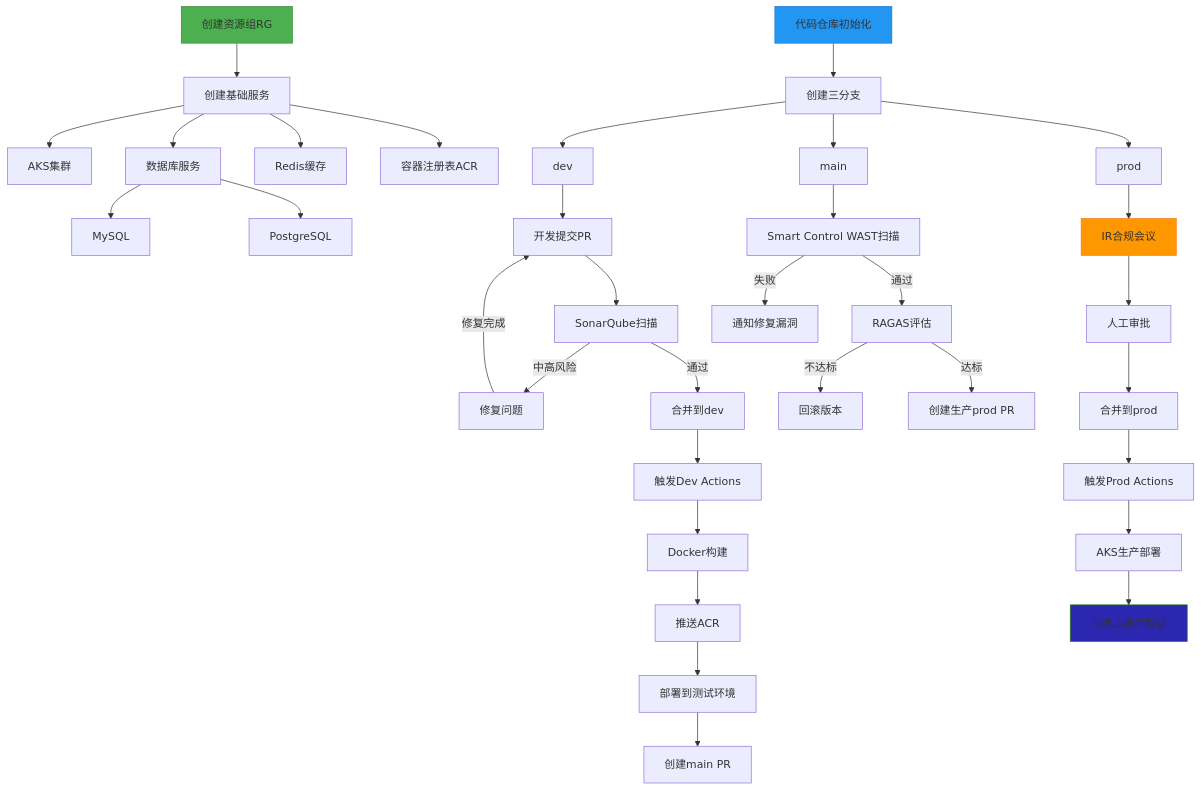
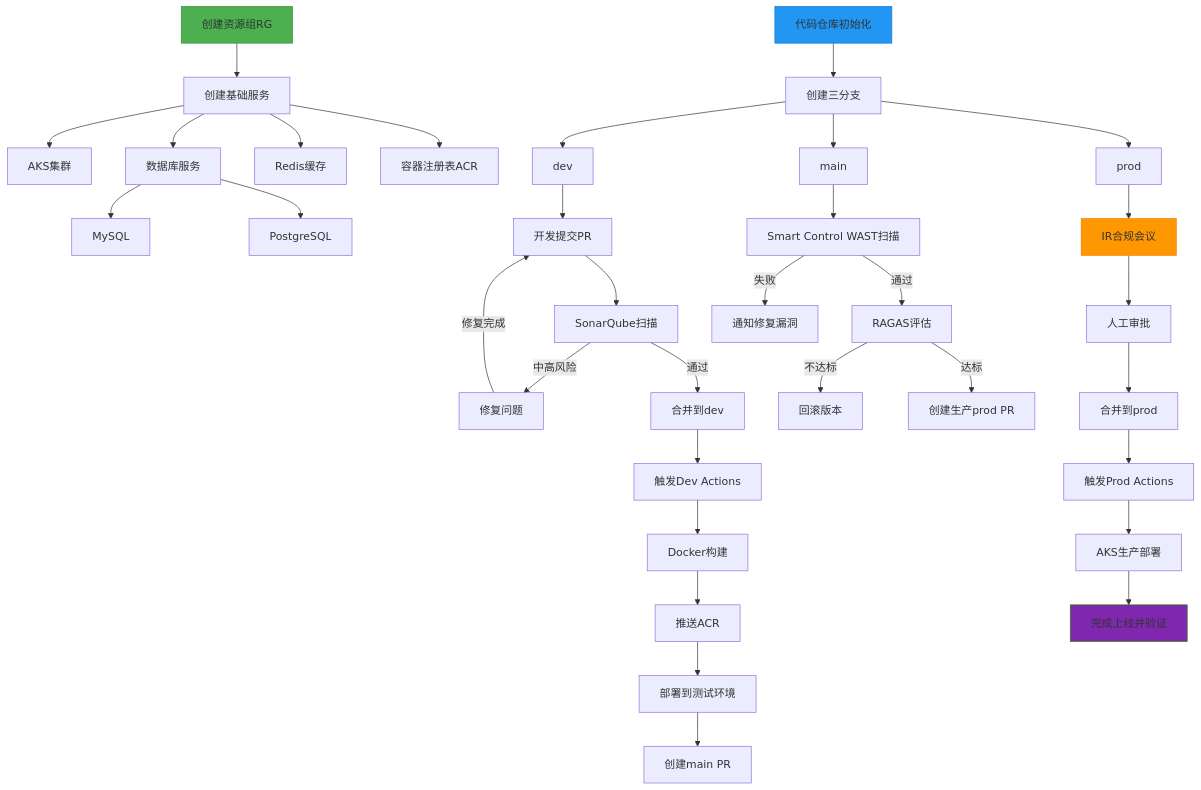
One commit to funnyData/iodraw-files changed the diagram in all/未命名-1.md. Above: the diagram before and after it, drawn with Mermaid.

Commit message:
2025-02-27 09:24:14 update

````diff
--- a/all/未命名-1.md
+++ b/all/未命名-1.md
@@ -1,61 +1,61 @@
 ```mermaid
 graph TD
     A[创建资源组RG] --> B[创建基础服务]
     B --> C[AKS集群]
     B --> D[数据库服务]
     D --> DA[MySQL]
     D --> DB[PostgreSQL]
     B --> E[Redis缓存]
     B --> F[容器注册表ACR]
     
     G[代码仓库初始化] --> H[创建三分支]
     H --> I[dev]
     H --> J[main]
     H --> K[prod]
     K --> W[IR合规会议]
     J --> T[Smart Control WAST扫描]
     
     I --> L[开发提交PR]
     L --> M[SonarQube扫描]
     M -->|中高风险| N[修复问题]
     N -->|修复完成|L
     M -->|通过| O[合并到dev]
     
     O --> P[触发Dev Actions]
     P --> Q[Docker构建]
     Q --> R[推送ACR]
     R --> S[部署到测试环境]
     S --> SA[创建main PR]
     %% S -->V[创建生产PR]
 
     
     %% S --> T[Smart Control WAST扫描]
     %% T -->|失败| U[通知修复]
 
     
     %% T -->|通过| V[创建生产PR]
     T--> |通过|AD[RAGAS评估]
     AD -->|不达标| AE[回滚版本]
     AD -->|达标| AF[创建生产prod PR]
     T -->|失败| U[通知修复漏洞]
     
     %% V --> W[IR合规会议]
     W --> X[人工审批]
     X --> Y[合并到prod]
     
     Y --> Z[触发Prod Actions]
     Z --> AC[AKS生产部署]
     AC --> ZA[完成上线并验证]
     %% Z --> AA[安全扫描]
     %% AA -->|高风险| AB[终止部署]
     %% AA -->|通过| AC[AKS生产部署]
     
     %% AC --> AD[RAGAS评估]
     %% AD -->|不达标| AE[回滚版本]
     %% AD -->|达标| AF[完成上线]
     
     style A fill:#4CAF50,stroke:#388E3C
     style G fill:#2196F3,stroke:#1976D2
     style W fill:#FF9800,stroke:#F57C00
-    style ZA fill:#2B27B0,stroke:#2B7F00
+    style ZA fill:#8027B0,stroke:#2B7F00
 ```
````
